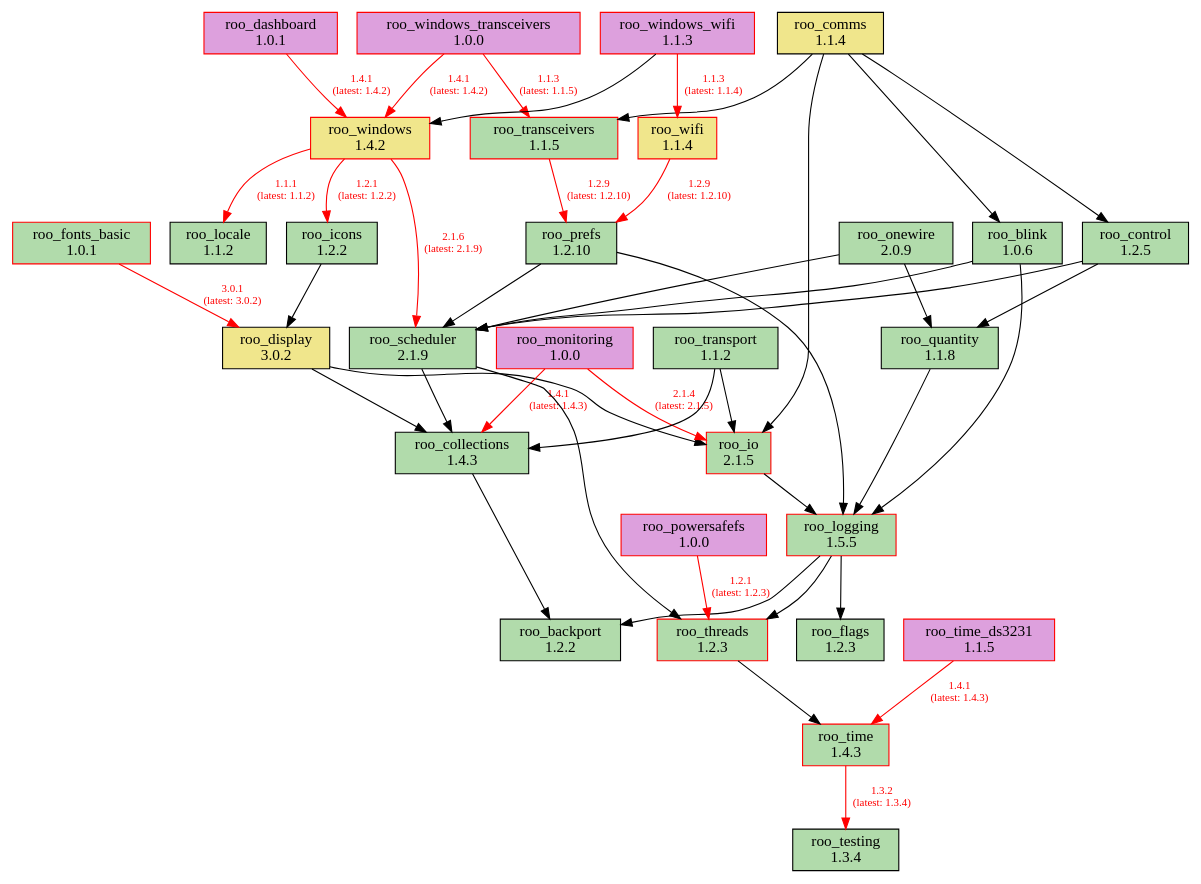
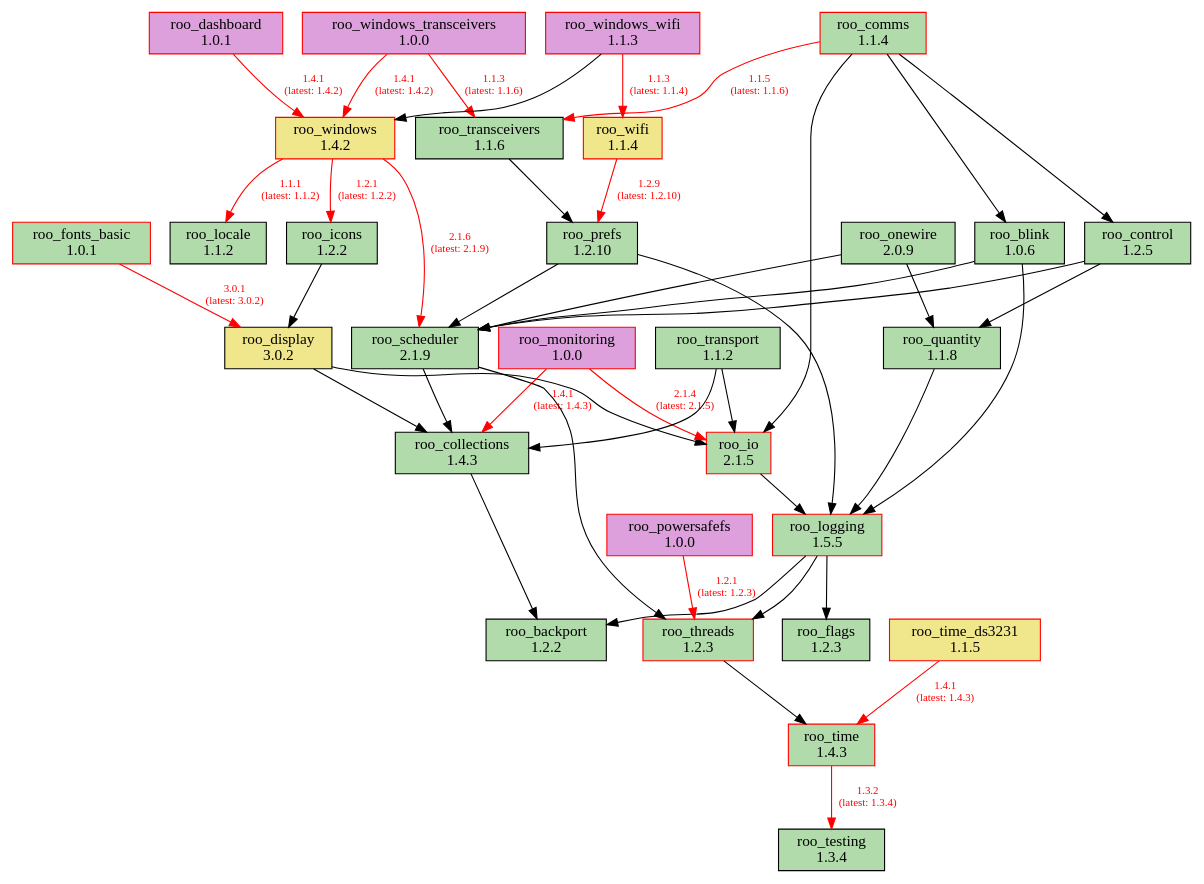
The diagram in doc/dependencies.dot (dejwk/roo-registry), drawn with Graphviz before and after one commit. The commit also changed 3 other files, not shown here.

Commit message:
Added roo_transceivers 1.1.6 to the registry.

```diff
--- a/doc/dependencies.dot
+++ b/doc/dependencies.dot
@@ -1,80 +1,80 @@
 digraph dependencies {
     rankdir=TB;
     node [shape=box, style=filled];
     edge [fontsize=10];
 
     // Modules
     "roo_backport" [label="roo_backport\n1.2.2", fillcolor="#b1dbab", color="black"];
     "roo_blink" [label="roo_blink\n1.0.6", fillcolor="#b1dbab", color="black"];
     "roo_collections" [label="roo_collections\n1.4.3", fillcolor="#b1dbab", color="black"];
-    "roo_comms" [label="roo_comms\n1.1.4", fillcolor="khaki", color="black"];
+    "roo_comms" [label="roo_comms\n1.1.4", fillcolor="#b1dbab", color="red"];
     "roo_control" [label="roo_control\n1.2.5", fillcolor="#b1dbab", color="black"];
     "roo_dashboard" [label="roo_dashboard\n1.0.1", fillcolor="plum", color="red"];
     "roo_display" [label="roo_display\n3.0.2", fillcolor="khaki", color="black"];
     "roo_flags" [label="roo_flags\n1.2.3", fillcolor="#b1dbab", color="black"];
     "roo_fonts_basic" [label="roo_fonts_basic\n1.0.1", fillcolor="#b1dbab", color="red"];
     "roo_icons" [label="roo_icons\n1.2.2", fillcolor="#b1dbab", color="black"];
     "roo_io" [label="roo_io\n2.1.5", fillcolor="#b1dbab", color="red"];
     "roo_locale" [label="roo_locale\n1.1.2", fillcolor="#b1dbab", color="black"];
     "roo_logging" [label="roo_logging\n1.5.5", fillcolor="#b1dbab", color="red"];
     "roo_monitoring" [label="roo_monitoring\n1.0.0", fillcolor="plum", color="red"];
     "roo_onewire" [label="roo_onewire\n2.0.9", fillcolor="#b1dbab", color="black"];
     "roo_powersafefs" [label="roo_powersafefs\n1.0.0", fillcolor="plum", color="red"];
     "roo_prefs" [label="roo_prefs\n1.2.10", fillcolor="#b1dbab", color="black"];
     "roo_quantity" [label="roo_quantity\n1.1.8", fillcolor="#b1dbab", color="black"];
     "roo_scheduler" [label="roo_scheduler\n2.1.9", fillcolor="#b1dbab", color="black"];
     "roo_testing" [label="roo_testing\n1.3.4", fillcolor="#b1dbab", color="black"];
     "roo_threads" [label="roo_threads\n1.2.3", fillcolor="#b1dbab", color="red"];
     "roo_time" [label="roo_time\n1.4.3", fillcolor="#b1dbab", color="red"];
-    "roo_time_ds3231" [label="roo_time_ds3231\n1.1.5", fillcolor="plum", color="red"];
-    "roo_transceivers" [label="roo_transceivers\n1.1.5", fillcolor="#b1dbab", color="red"];
+    "roo_time_ds3231" [label="roo_time_ds3231\n1.1.5", fillcolor="khaki", color="red"];
+    "roo_transceivers" [label="roo_transceivers\n1.1.6", fillcolor="#b1dbab", color="black"];
     "roo_transport" [label="roo_transport\n1.1.2", fillcolor="#b1dbab", color="black"];
     "roo_wifi" [label="roo_wifi\n1.1.4", fillcolor="khaki", color="red"];
     "roo_windows" [label="roo_windows\n1.4.2", fillcolor="khaki", color="red"];
     "roo_windows_transceivers" [label="roo_windows_transceivers\n1.0.0", fillcolor="plum", color="red"];
     "roo_windows_wifi" [label="roo_windows_wifi\n1.1.3", fillcolor="plum", color="red"];
 
     // Dependencies
     "roo_blink" -> "roo_logging";
     "roo_blink" -> "roo_scheduler";
     "roo_collections" -> "roo_backport";
     "roo_comms" -> "roo_blink";
     "roo_comms" -> "roo_control";
     "roo_comms" -> "roo_io";
-    "roo_comms" -> "roo_transceivers";
+    "roo_comms" -> "roo_transceivers" [color=red, fontcolor=red, label="1.1.5\n(latest: 1.1.6)"];
     "roo_control" -> "roo_quantity";
     "roo_control" -> "roo_scheduler";
     "roo_dashboard" -> "roo_windows" [color=red, fontcolor=red, label="1.4.1\n(latest: 1.4.2)"];
     "roo_display" -> "roo_collections";
     "roo_display" -> "roo_io";
     "roo_fonts_basic" -> "roo_display" [color=red, fontcolor=red, label="3.0.1\n(latest: 3.0.2)"];
     "roo_icons" -> "roo_display";
     "roo_io" -> "roo_logging";
     "roo_logging" -> "roo_backport";
     "roo_logging" -> "roo_flags";
     "roo_logging" -> "roo_threads";
     "roo_monitoring" -> "roo_collections" [color=red, fontcolor=red, label="1.4.1\n(latest: 1.4.3)"];
     "roo_monitoring" -> "roo_io" [color=red, fontcolor=red, label="2.1.4\n(latest: 2.1.5)"];
     "roo_onewire" -> "roo_scheduler";
     "roo_onewire" -> "roo_quantity";
     "roo_powersafefs" -> "roo_threads" [color=red, fontcolor=red, label="1.2.1\n(latest: 1.2.3)"];
     "roo_prefs" -> "roo_logging";
     "roo_prefs" -> "roo_scheduler";
     "roo_quantity" -> "roo_logging";
     "roo_scheduler" -> "roo_collections";
     "roo_scheduler" -> "roo_threads";
     "roo_threads" -> "roo_time";
     "roo_time" -> "roo_testing" [color=red, fontcolor=red, label="1.3.2\n(latest: 1.3.4)"];
     "roo_time_ds3231" -> "roo_time" [color=red, fontcolor=red, label="1.4.1\n(latest: 1.4.3)"];
-    "roo_transceivers" -> "roo_prefs" [color=red, fontcolor=red, label="1.2.9\n(latest: 1.2.10)"];
+    "roo_transceivers" -> "roo_prefs";
     "roo_transport" -> "roo_collections";
     "roo_transport" -> "roo_io";
     "roo_wifi" -> "roo_prefs" [color=red, fontcolor=red, label="1.2.9\n(latest: 1.2.10)"];
     "roo_windows" -> "roo_locale" [color=red, fontcolor=red, label="1.1.1\n(latest: 1.1.2)"];
     "roo_windows" -> "roo_icons" [color=red, fontcolor=red, label="1.2.1\n(latest: 1.2.2)"];
     "roo_windows" -> "roo_scheduler" [color=red, fontcolor=red, label="2.1.6\n(latest: 2.1.9)"];
-    "roo_windows_transceivers" -> "roo_transceivers" [color=red, fontcolor=red, label="1.1.3\n(latest: 1.1.5)"];
+    "roo_windows_transceivers" -> "roo_transceivers" [color=red, fontcolor=red, label="1.1.3\n(latest: 1.1.6)"];
     "roo_windows_transceivers" -> "roo_windows" [color=red, fontcolor=red, label="1.4.1\n(latest: 1.4.2)"];
     "roo_windows_wifi" -> "roo_wifi" [color=red, fontcolor=red, label="1.1.3\n(latest: 1.1.4)"];
     "roo_windows_wifi" -> "roo_windows";
 }
```
